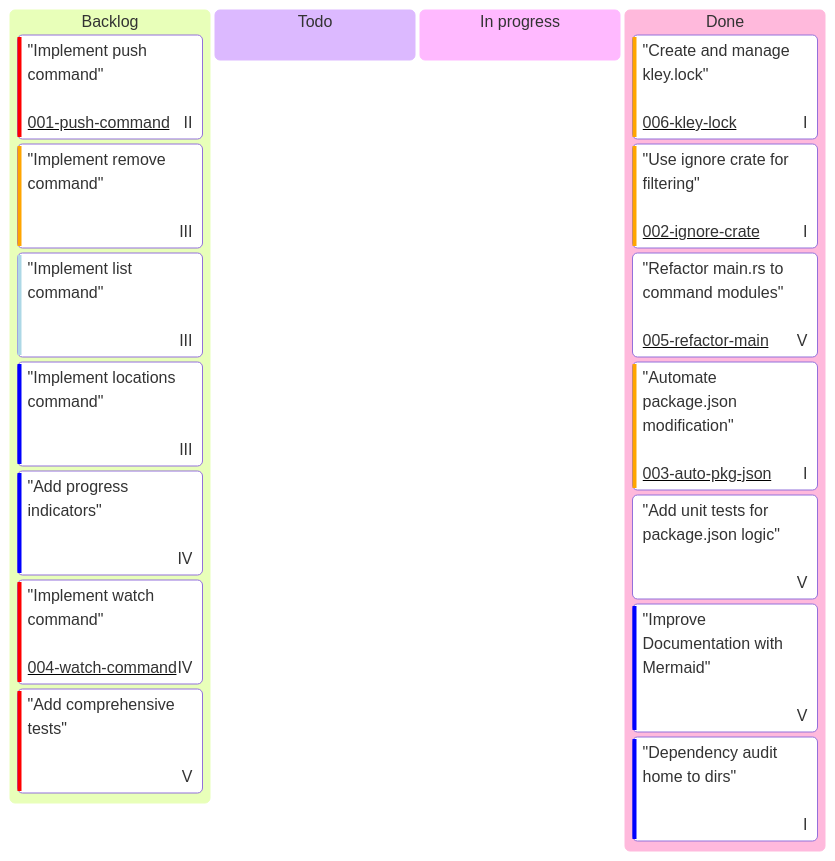
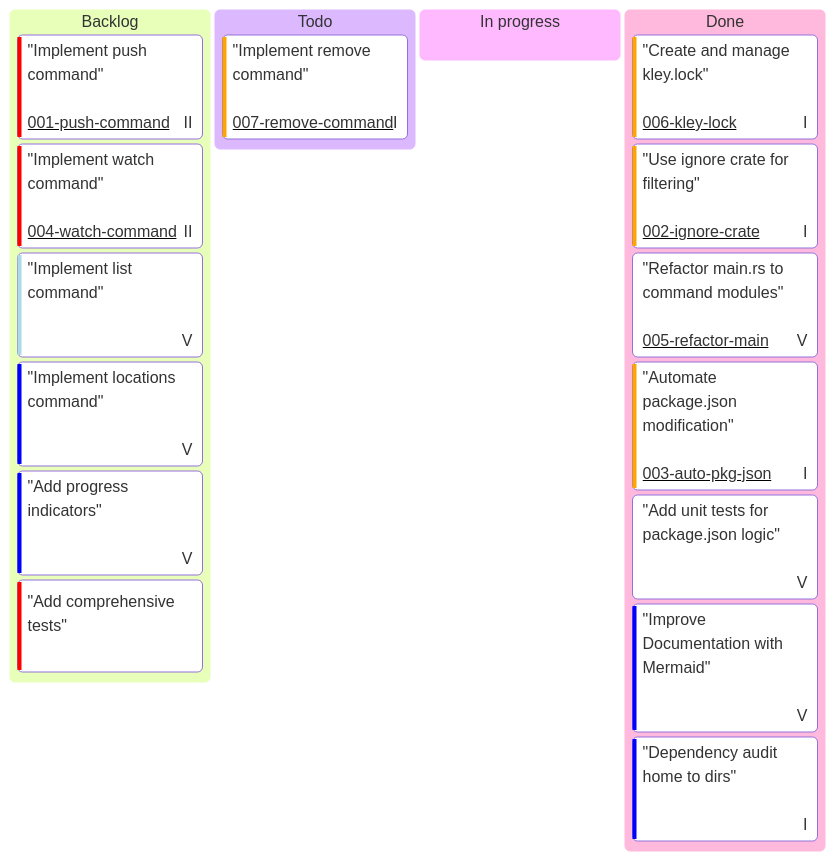
The diagram in docs/KANBAN.md (sumbad/kley), drawn with Mermaid before and after one commit. The commit also changed other lines of this file and 7 other files, not shown here.

````diff
--- a/docs/KANBAN.md
+++ b/docs/KANBAN.md
@@ -21,35 +21,35 @@
 ```mermaid
 ---
 config:
   kanban:
     ticketBaseUrl: 'https://github.com/sumbad/kley/tree/master/docs/tickets/#TICKET#.md'
     
     ### Legend
     # assigned - used for epics, has an epic name (epics/#EPIC#.md)
     # priority - used for complexity
     # ticket - used for a ticket file name (tickets/#TICKET#.md)
 ---
 
 kanban
     Backlog
         "Implement push command"<br/><br/>@{ assigned: II, priority: 'Very High', ticket: '001-push-command' }
-        "Implement remove command"<br/><br/>@{ assigned: III, priority: 'High' }
-        "Implement list command"<br/><br/>@{ assigned: III, priority: 'Very Low' }
-        "Implement locations command"<br/><br/>@{ assigned: III, priority: 'Low' }
-        "Add progress indicators"<br/><br/>@{ assigned: IV, priority: 'Low' }
-        "Implement watch command"<br/><br/>@{ assigned: IV, priority: 'Very High', ticket: '004-watch-command' }
-        "Add comprehensive tests"<br/><br/>@{ assigned: V, priority: 'Very High' }
+        "Implement watch command"<br/><br/>@{ assigned: II, priority: 'Very High', ticket: '004-watch-command' }
+        "Implement list command"<br/><br/>@{ assigned: V, priority: 'Very Low' }
+        "Implement locations command"<br/><br/>@{ assigned: V, priority: 'Low' }
+        "Add progress indicators"<br/><br/>@{ assigned: V, priority: 'Low' }
+        "Add comprehensive tests"<br/><br/>@{ priority: 'Very High' }
 
     Todo
+        "Implement remove command"<br/><br/>@{ assigned: I, priority: 'High', ticket: '007-remove-command' }
 
     [In progress]
 
     Done
         "Create and manage kley.lock"<br/><br/>@{ assigned: I, priority: 'High', ticket: '006-kley-lock' }
         "Use ignore crate for filtering"<br/><br/>@{ assigned: I, priority: 'High', ticket: '002-ignore-crate' }
         "Refactor main.rs to command modules"<br/><br/>@{ assigned: V, priority: 'Medium', ticket: '005-refactor-main' }
         "Automate package.json modification"<br/><br/>@{ assigned: I, priority: 'High', ticket: '003-auto-pkg-json' }
         "Add unit tests for package.json logic"<br/><br/>@{ assigned: V, priority: 'Medium' }
         "Improve Documentation with Mermaid"<br/><br/>@{ assigned: V, priority: 'Low' }
         "Dependency audit home to dirs"<br/><br/>@{ assigned: I, priority: 'Low' }
 ```
````
